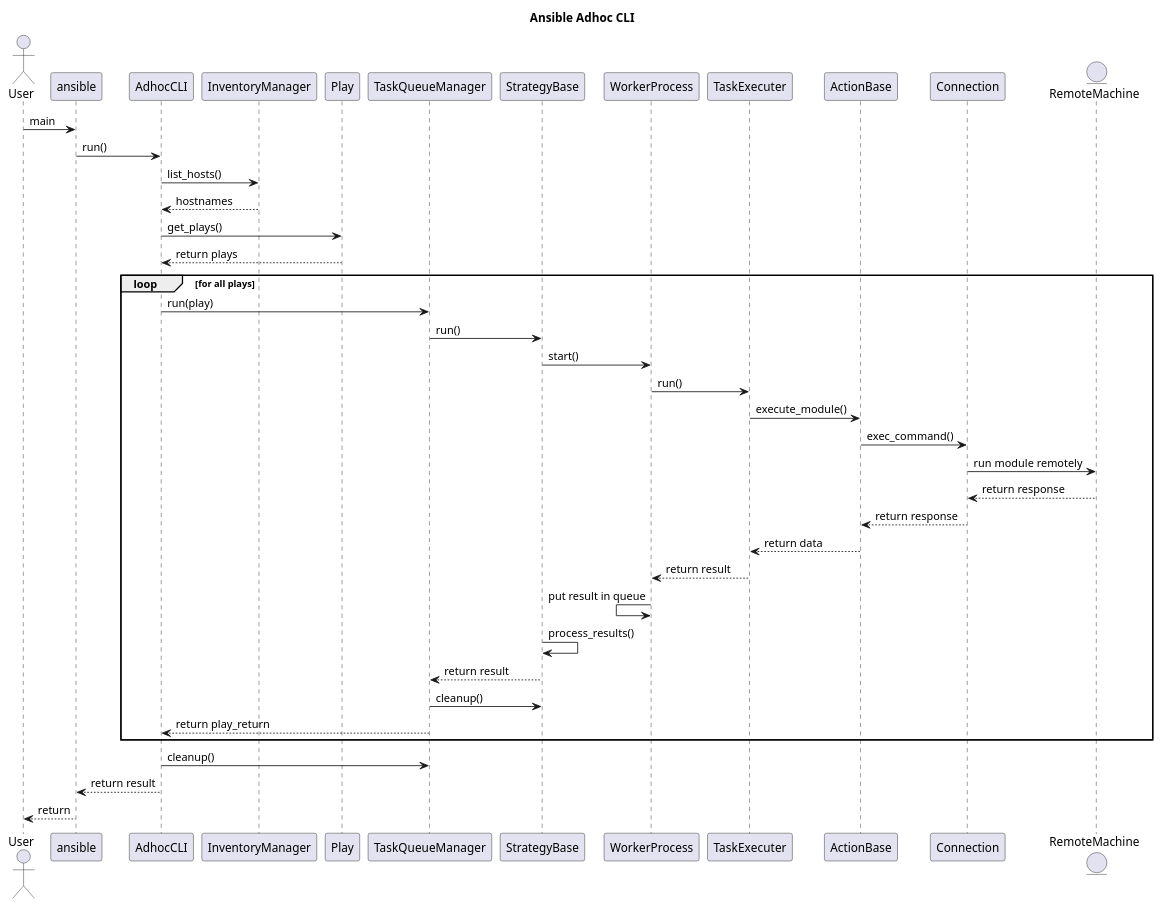
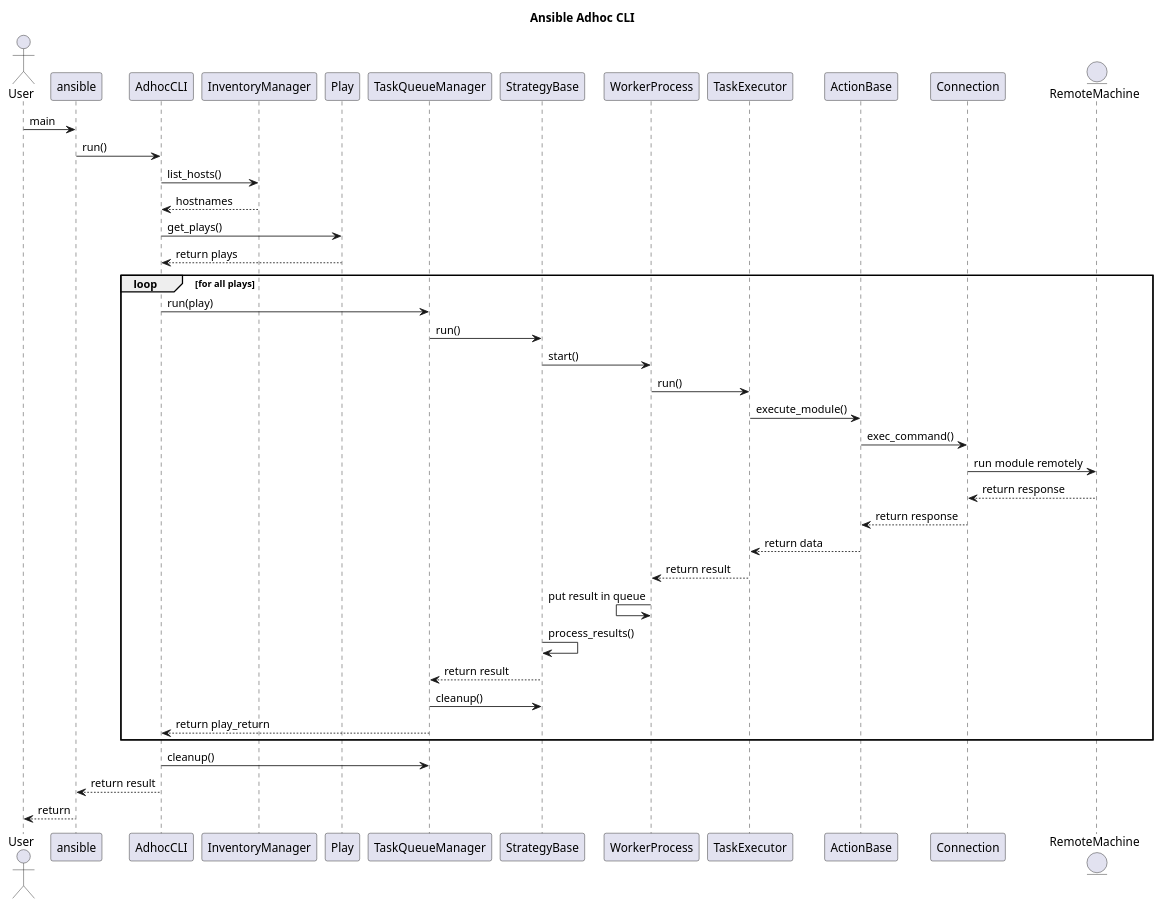
The diagram in project/uml/SequenceDiagram/AdhocCLI.puml (ezequiels/nazz), drawn with PlantUML before and after one commit. The commit also changed 5 other files, not shown here.

```diff
--- a/project/uml/SequenceDiagram/AdhocCLI.puml
+++ b/project/uml/SequenceDiagram/AdhocCLI.puml
@@ -1,37 +1,37 @@
 @startuml
 
 skinparam backgroundcolor transparent
 
 title Ansible Adhoc CLI
 actor User
 User->ansible: main
 ansible->AdhocCLI: run()
 AdhocCLI->InventoryManager: list_hosts()
 InventoryManager-->AdhocCLI: hostnames
 AdhocCLI->Play: get_plays()
 Play-->AdhocCLI: return plays
 loop for all plays
     AdhocCLI->TaskQueueManager:run(play)
     TaskQueueManager->StrategyBase: run()
     StrategyBase->WorkerProcess: start()
-    WorkerProcess->TaskExecuter: run()
-    TaskExecuter->ActionBase: execute_module()
+    WorkerProcess->TaskExecutor: run()
+    TaskExecutor->ActionBase: execute_module()
     ActionBase -> Connection: exec_command()
     entity RemoteMachine
     Connection->RemoteMachine:run module remotely
     Connection <-- RemoteMachine: return response
     ActionBase <-- Connection: return response
-    ActionBase-->TaskExecuter: return data
-    TaskExecuter-->WorkerProcess: return result
+    ActionBase-->TaskExecutor: return data
+    TaskExecutor-->WorkerProcess: return result
     WorkerProcess <- WorkerProcess: put result in queue
     StrategyBase->StrategyBase:process_results()
     StrategyBase-->TaskQueueManager: return result
     TaskQueueManager-> StrategyBase: cleanup()
     TaskQueueManager-->AdhocCLI: return play_return
 end
 AdhocCLI->TaskQueueManager: cleanup()
 AdhocCLI-->ansible: return result
 ansible-->User: return
 
 
 @enduml
```
